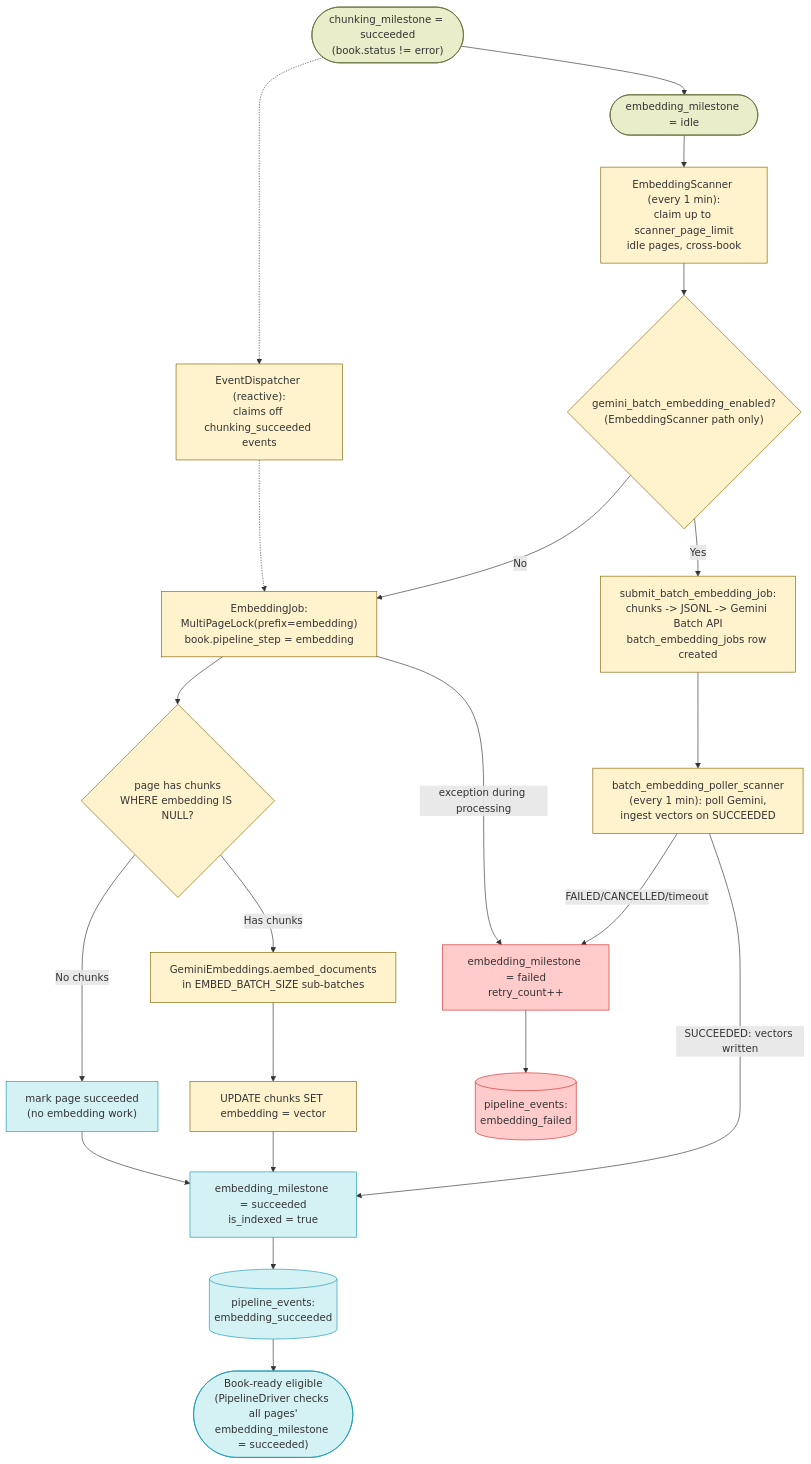
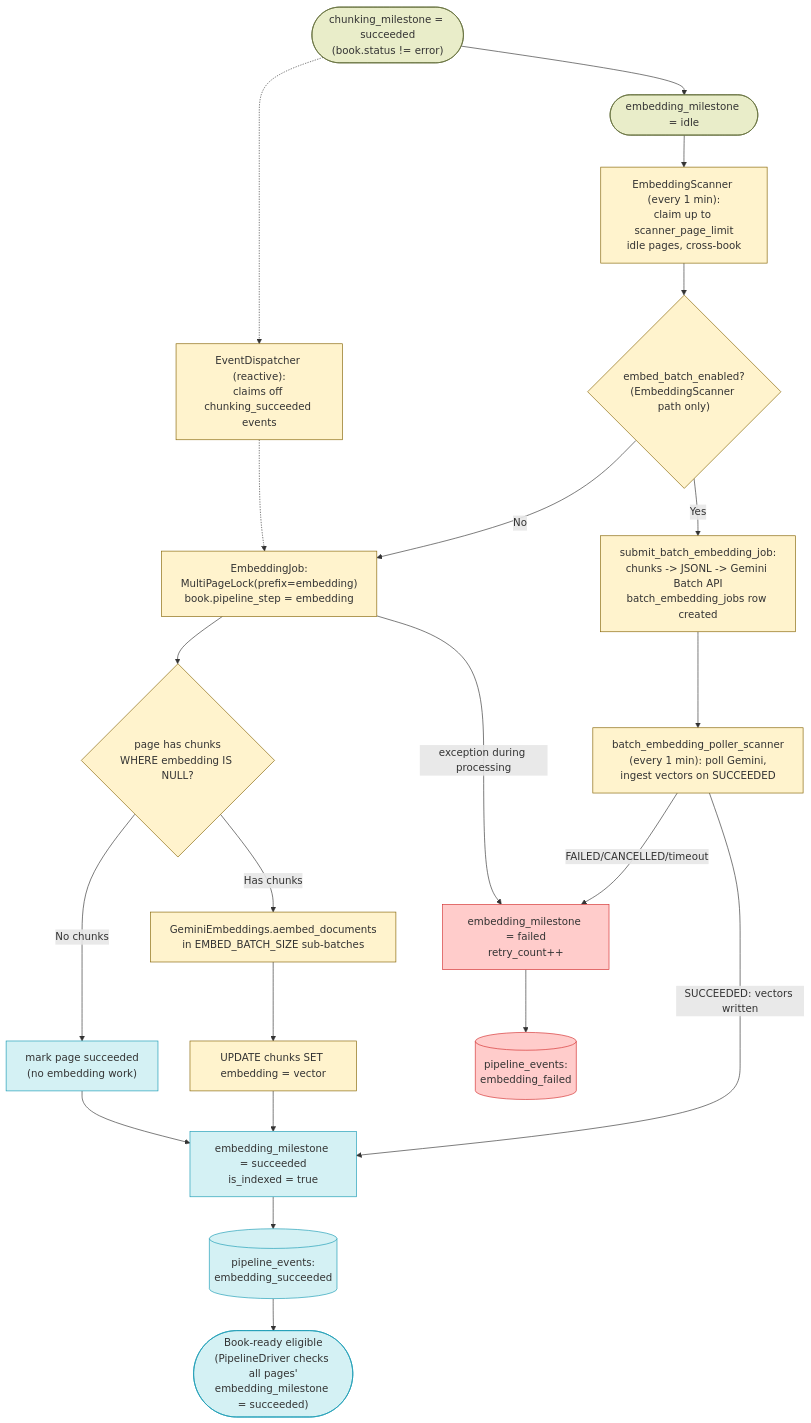
Before and after one commit to Kitabim-AI/kitabim-ai: the first of 2 diagrams in docs/main/EMBEDDING_DESIGN.md, drawn with Mermaid. The commit also changed other lines of this file and 67 other files, not shown here.

````diff
--- a/docs/main/EMBEDDING_DESIGN.md
+++ b/docs/main/EMBEDDING_DESIGN.md
@@ -84,44 +84,44 @@
 ```mermaid
 flowchart TD
     CHUNK_OK(["chunking_milestone = succeeded<br/>(book.status != error)"])
     EMB_IDLE(["embedding_milestone = idle"])
     POLL["EmbeddingScanner (every 1 min):<br/>claim up to scanner_page_limit<br/>idle pages, cross-book"]
     REACT["EventDispatcher (reactive):<br/>claims off chunking_succeeded events"]
-    BATCH_GATE{"gemini_batch_embedding_enabled?<br/>(EmbeddingScanner path only)"}
+    BATCH_GATE{"embed_batch_enabled?<br/>(EmbeddingScanner path only)"}
     LOCK["EmbeddingJob:<br/>MultiPageLock(prefix=embedding)<br/>book.pipeline_step = embedding"]
     SUBMIT["submit_batch_embedding_job:<br/>chunks -> JSONL -> Gemini Batch API<br/>batch_embedding_jobs row created"]
     LOADCH{"page has chunks<br/>WHERE embedding IS NULL?"}
     ZERO["mark page succeeded<br/>(no embedding work)"]
     EMBED["GeminiEmbeddings.aembed_documents<br/>in EMBED_BATCH_SIZE sub-batches"]
     PERSIST["UPDATE chunks SET embedding = vector"]
     OK["embedding_milestone = succeeded<br/>is_indexed = true"]
     EVENT[("pipeline_events:<br/>embedding_succeeded")]
     FAIL["embedding_milestone = failed<br/>retry_count++"]
     FEVENT[("pipeline_events:<br/>embedding_failed")]
     POLLER["batch_embedding_poller_scanner<br/>(every 1 min): poll Gemini,<br/>ingest vectors on SUCCEEDED"]
     NEXT(["Book-ready eligible<br/>(PipelineDriver checks all pages'<br/>embedding_milestone = succeeded)"])
 
     CHUNK_OK --> EMB_IDLE
     EMB_IDLE --> POLL --> BATCH_GATE
     CHUNK_OK -.-> REACT
     REACT -.-> LOCK
     BATCH_GATE -- No --> LOCK
     BATCH_GATE -- Yes --> SUBMIT --> POLLER
     LOCK --> LOADCH
     LOADCH -- No chunks --> ZERO --> OK
     LOADCH -- Has chunks --> EMBED --> PERSIST --> OK
     OK --> EVENT --> NEXT
     LOCK -->|exception during processing| FAIL --> FEVENT
     POLLER -->|SUCCEEDED: vectors written| OK
     POLLER -->|FAILED/CANCELLED/timeout| FAIL
 
     classDef idle fill:#e9edc9,stroke:#606c38
     classDef active fill:#fff3cd,stroke:#856404
     classDef done fill:#d4f1f4,stroke:#189ab4
     classDef fail fill:#ffcccb,stroke:#d32f2f
 
     class CHUNK_OK,EMB_IDLE idle
     class POLL,REACT,BATCH_GATE,LOCK,SUBMIT,LOADCH,EMBED,PERSIST,POLLER active
     class ZERO,OK,EVENT,NEXT done
     class FAIL,FEVENT fail
 ```
````
